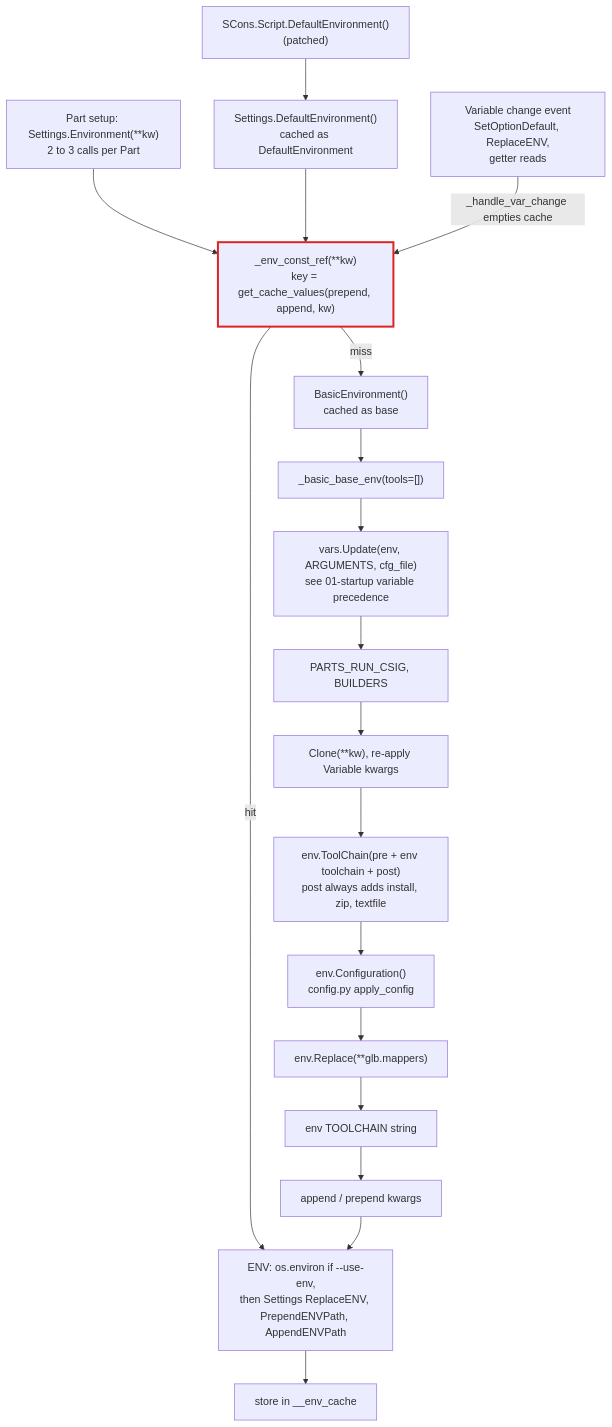
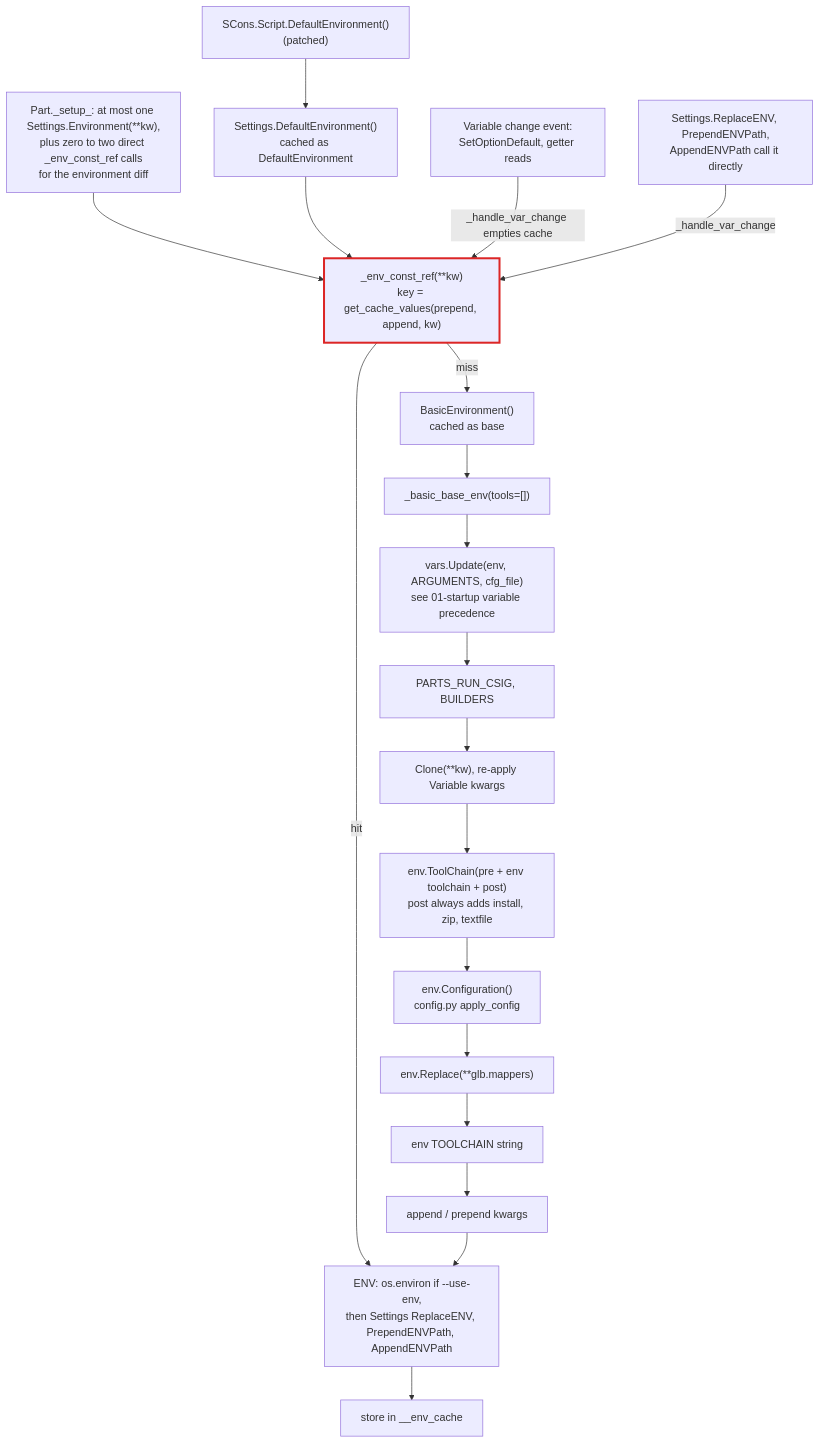
Before and after one commit to sconsparts/parts: the first of 3 diagrams in doc/architecture/02-environments-toolchains-config.md, drawn with Mermaid. The commit also changed other lines of this file and 8 other files, not shown here.

First line of the commit message:
Correct the architecture maps after an order-and-attribution review

````diff
--- a/doc/architecture/02-environments-toolchains-config.md
+++ b/doc/architecture/02-environments-toolchains-config.md
@@ -7,21 +7,22 @@
 ```mermaid
 flowchart TD
     C1["SCons.Script.DefaultEnvironment()<br/>(patched)"] --> DE["Settings.DefaultEnvironment()<br/>cached as DefaultEnvironment"]
-    C2["Part setup: Settings.Environment(**kw)<br/>2 to 3 calls per Part"] --> K
+    C2["Part._setup_: at most one Settings.Environment(**kw),<br/>plus zero to two direct _env_const_ref calls<br/>for the environment diff"] --> K
     DE --> K["_env_const_ref(**kw)<br/>key = get_cache_values(prepend, append, kw)"]:::hot
     K -->|"hit"| ENVB
     K -->|"miss"| B["BasicEnvironment()<br/>cached as base"]
     B --> B1["_basic_base_env(tools=[])"]
     B1 --> B2["vars.Update(env, ARGUMENTS, cfg_file)<br/>see 01-startup variable precedence"]
     B2 --> B3["PARTS_RUN_CSIG, BUILDERS"]
     B3 --> CL["Clone(**kw), re-apply Variable kwargs"]
     CL --> TC["env.ToolChain(pre + env toolchain + post)<br/>post always adds install, zip, textfile"]
     TC --> CF["env.Configuration()<br/>config.py apply_config"]
     CF --> MP["env.Replace(**glb.mappers)"]
     MP --> TS["env TOOLCHAIN string"]
     TS --> AP["append / prepend kwargs"]
     AP --> ENVB["ENV: os.environ if --use-env,<br/>then Settings ReplaceENV, PrependENVPath, AppendENVPath"]
     ENVB --> ST["store in __env_cache"]
-    INV["Variable change event<br/>SetOptionDefault, ReplaceENV,<br/>getter reads"] -->|"_handle_var_change empties cache"| K
+    INV["Variable change event:<br/>SetOptionDefault, getter reads"] -->|"_handle_var_change empties cache"| K
+    INV2["Settings.ReplaceENV, PrependENVPath,<br/>AppendENVPath call it directly"] -->|"_handle_var_change"| K
     classDef hot stroke:#dc2626,stroke-width:3px
 ```
````
